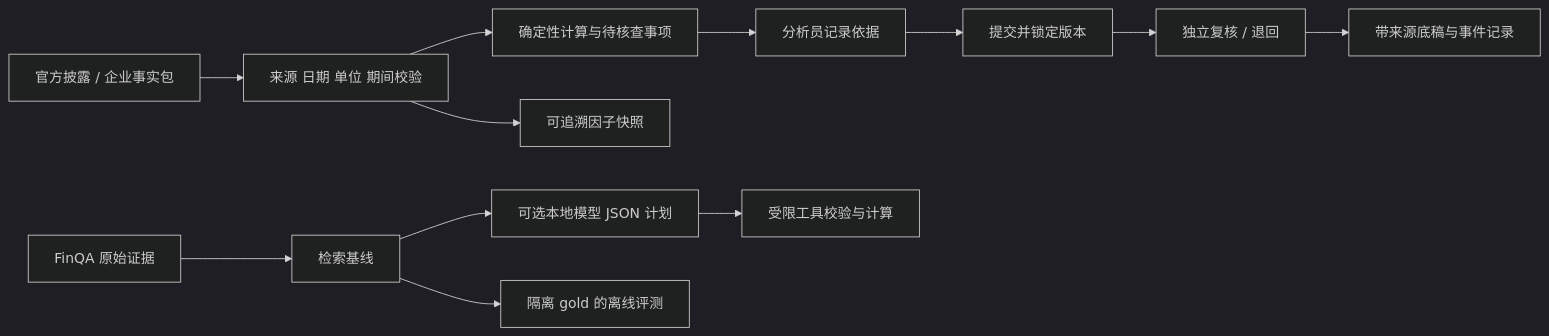
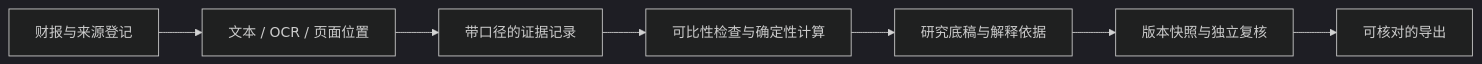
One commit to leon1111-wgl/creditlens changed the diagram in README.md. Above: the diagram before and after it, drawn with Mermaid (dark theme). The commit also changed other lines of this file and 136 other files, not shown here.

````diff
--- a/README.md
+++ b/README.md
@@ -202,14 +50,9 @@
 ```mermaid
 flowchart LR
-  A[官方披露 / 企业事实包] --> B[来源 日期 单位 期间校验]
-  B --> C[确定性计算与待核查事项]
-  C --> D[分析员记录依据]
-  D --> E[提交并锁定版本]
-  E --> F[独立复核 / 退回]
-  F --> G[带来源底稿与事件记录]
-  B --> H[可追溯因子快照]
-  I[FinQA 原始证据] --> J[检索基线]
-  J --> K[可选本地模型 JSON 计划]
-  K --> L[受限工具校验与计算]
-  J --> M[隔离 gold 的离线评测]
+  A[财报与来源登记] --> B[文本 / OCR / 页面位置]
+  B --> C[带口径的证据记录]
+  C --> D[可比性检查与确定性计算]
+  D --> E[研究底稿与解释依据]
+  E --> F[版本快照与独立复核]
+  F --> G[可核对的导出]
 ```
````
